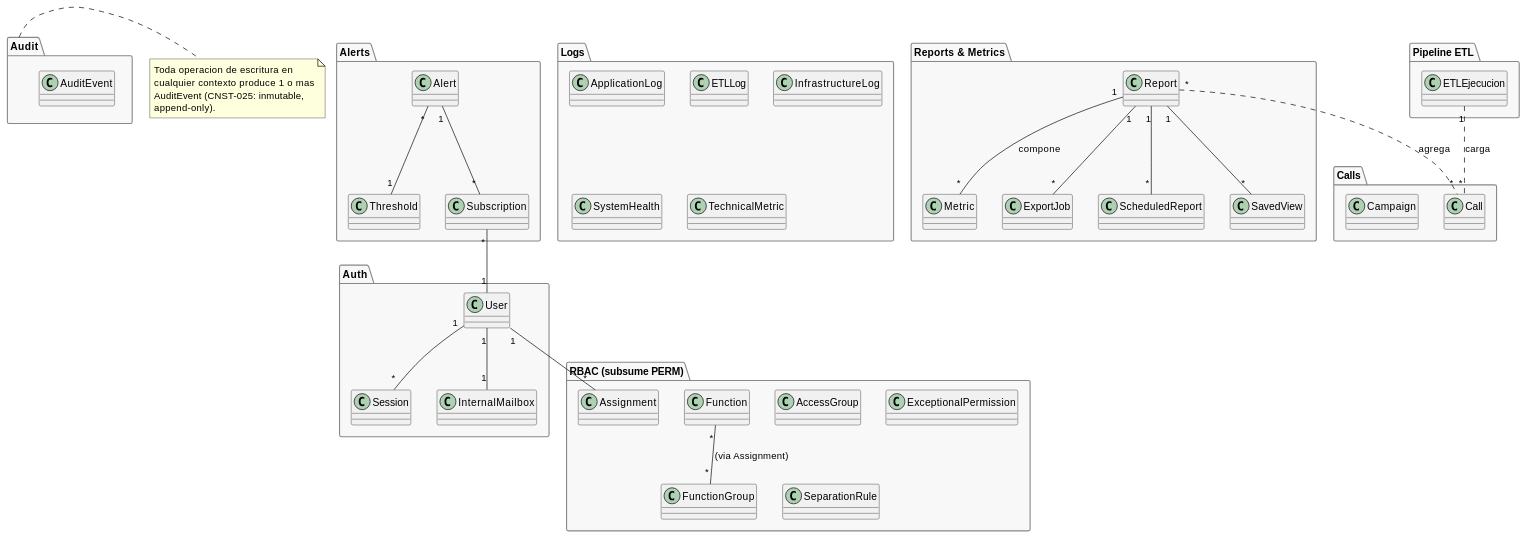
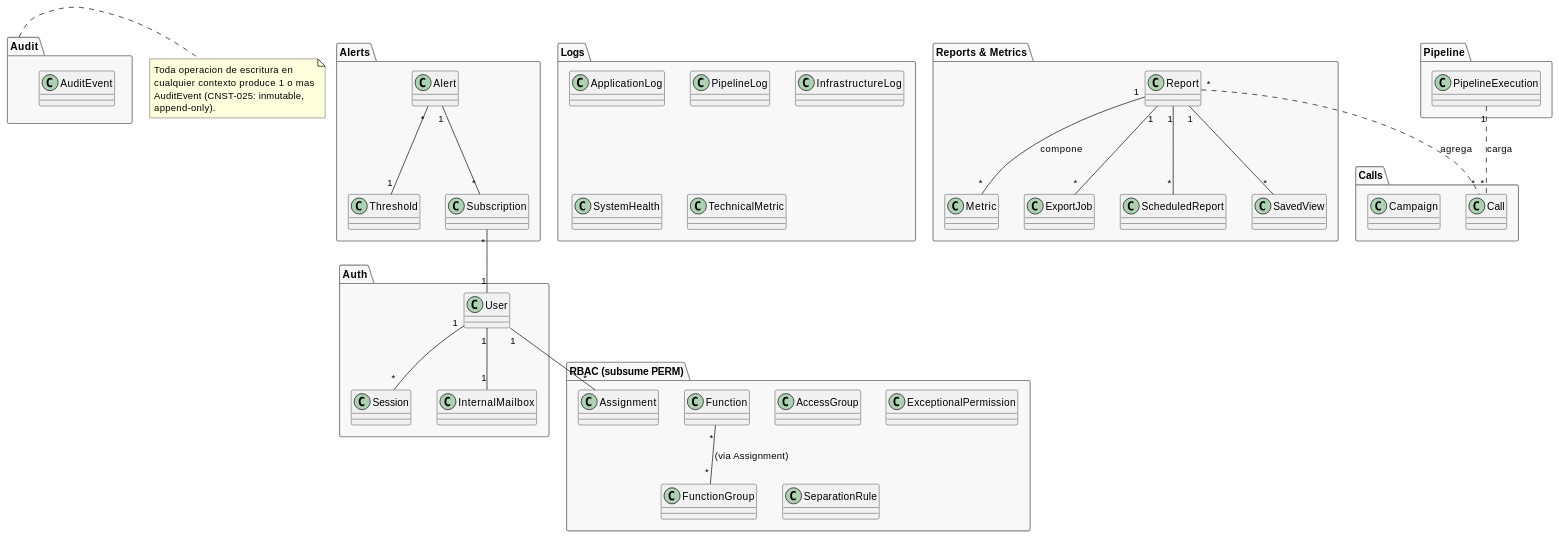
Before and after one commit to jcg-admin/IACT-docs: the diagram in source/arquitectura-tecnica/domain-model/overview.rst, drawn with PlantUML. The commit also changed other lines of this file and 96 other files, not shown here.

First line of the commit message:
Apply CNST-033: rename ETL→Pipeline in domain-model + sweep refs

```diff
--- a/source/arquitectura-tecnica/domain-model/overview.rst
+++ b/source/arquitectura-tecnica/domain-model/overview.rst
@@ -185,8 +185,8 @@
    class SavedView
  }
 
- package "Pipeline ETL" as BC_ETL {
-   class ETLEjecucion
+ package "Pipeline" as BC_ETL {
+   class PipelineExecution
  }
 
  package "Alerts" as BC_ALERTS {
@@ -201,7 +201,7 @@
 
  package "Logs" as BC_LOGS {
    class ApplicationLog
-   class ETLLog
+   class PipelineLog
    class InfrastructureLog
    class SystemHealth
    class TechnicalMetric
@@ -217,7 +217,7 @@
  Report    "1" -- "*"   ScheduledReport
  Report    "1" -- "*"   SavedView
  Report    "*" .. "*"   Call                  : agrega
- ETLEjecucion "1" .. "*" Call                 : carga
+ PipelineExecution "1" .. "*" Call                 : carga
  Alert     "*" -- "1"   Threshold
  Alert     "1" -- "*"   Subscription
  Subscription "*" -- "1" User
```
